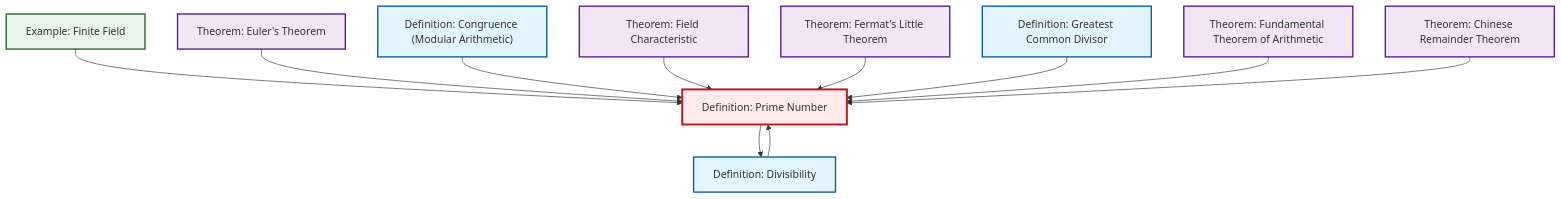
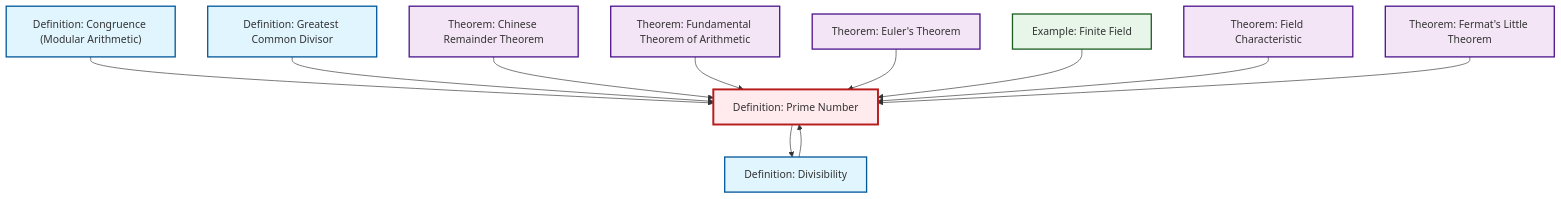
Before and after one commit to RK0429/ModernMath: the diagram in output/mermaid/def-prime.mermaid, drawn with Mermaid. The commit also changed other lines of this file and 597 other files, not shown here.

```diff
--- a/output/mermaid/def-prime.mermaid
+++ b/output/mermaid/def-prime.mermaid
@@ -1,28 +1,28 @@
 %%| fig-cap: "Local dependency graph"
 graph TD
     classDef definition fill:#e1f5fe,stroke:#01579b,stroke-width:2px
     classDef theorem fill:#f3e5f5,stroke:#4a148c,stroke-width:2px
     classDef axiom fill:#fff3e0,stroke:#e65100,stroke-width:2px
     classDef example fill:#e8f5e9,stroke:#1b5e20,stroke-width:2px
     classDef current fill:#ffebee,stroke:#b71c1c,stroke-width:3px
+    ex-finite-field["Example: Finite Field"]:::example
+    thm-field-characteristic["Theorem: Field Characteristic"]:::theorem
+    thm-fundamental-arithmetic["Theorem: Fundamental Theorem of Arithmetic"]:::theorem
     thm-euler["Theorem: Euler's Theorem"]:::theorem
-    def-divisibility["Definition: Divisibility"]:::definition
-    ex-finite-field["Example: Finite Field"]:::example
+    def-gcd["Definition: Greatest Common Divisor"]:::definition
+    def-congruence["Definition: Congruence (Modular Arithmetic)"]:::definition
+    thm-fermat-little["Theorem: Fermat's Little Theorem"]:::theorem
     thm-chinese-remainder["Theorem: Chinese Remainder Theorem"]:::theorem
     def-prime["Definition: Prime Number"]:::definition
-    def-congruence["Definition: Congruence (Modular Arithmetic)"]:::definition
-    thm-fundamental-arithmetic["Theorem: Fundamental Theorem of Arithmetic"]:::theorem
-    def-gcd["Definition: Greatest Common Divisor"]:::definition
-    thm-field-characteristic["Theorem: Field Characteristic"]:::theorem
-    thm-fermat-little["Theorem: Fermat's Little Theorem"]:::theorem
+    def-divisibility["Definition: Divisibility"]:::definition
+    def-prime --> def-divisibility
+    def-congruence --> def-prime
+    def-gcd --> def-prime
+    thm-chinese-remainder --> def-prime
+    thm-fundamental-arithmetic --> def-prime
+    thm-euler --> def-prime
+    def-divisibility --> def-prime
     ex-finite-field --> def-prime
-    thm-euler --> def-prime
-    def-congruence --> def-prime
     thm-field-characteristic --> def-prime
-    def-divisibility --> def-prime
     thm-fermat-little --> def-prime
-    def-gcd --> def-prime
-    thm-fundamental-arithmetic --> def-prime
-    thm-chinese-remainder --> def-prime
-    def-prime --> def-divisibility
     class def-prime current
```
